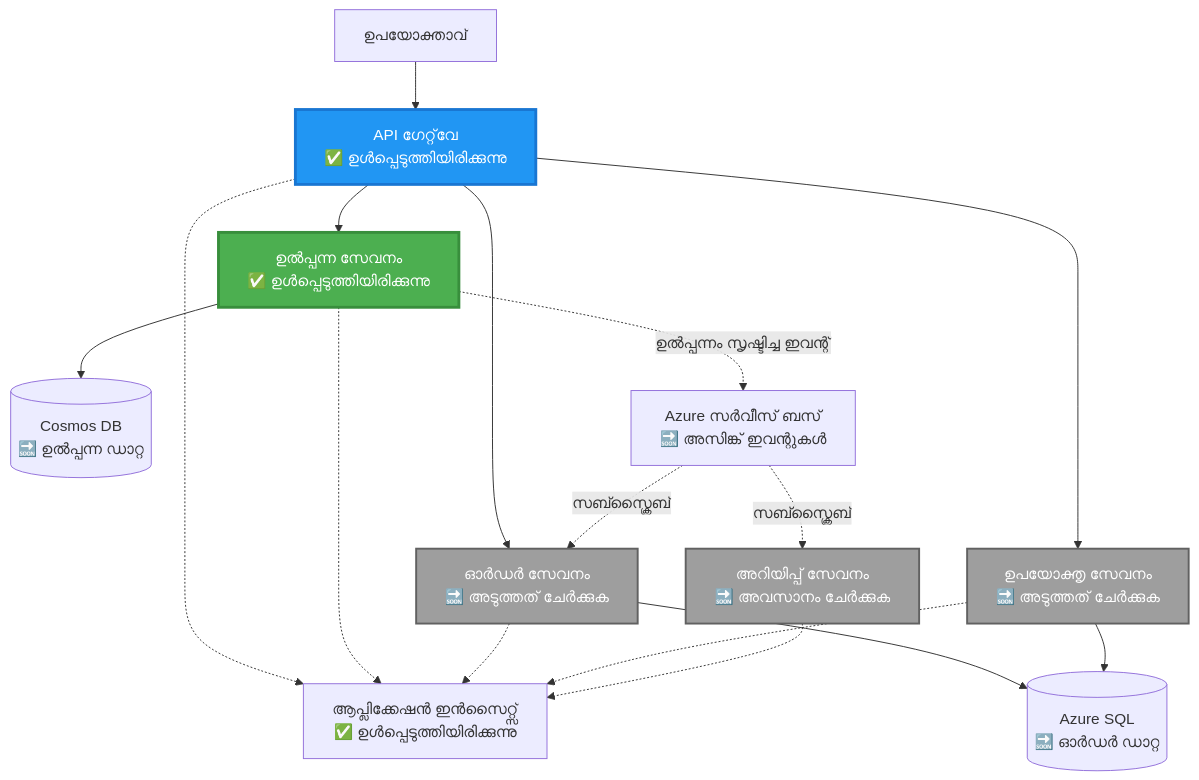
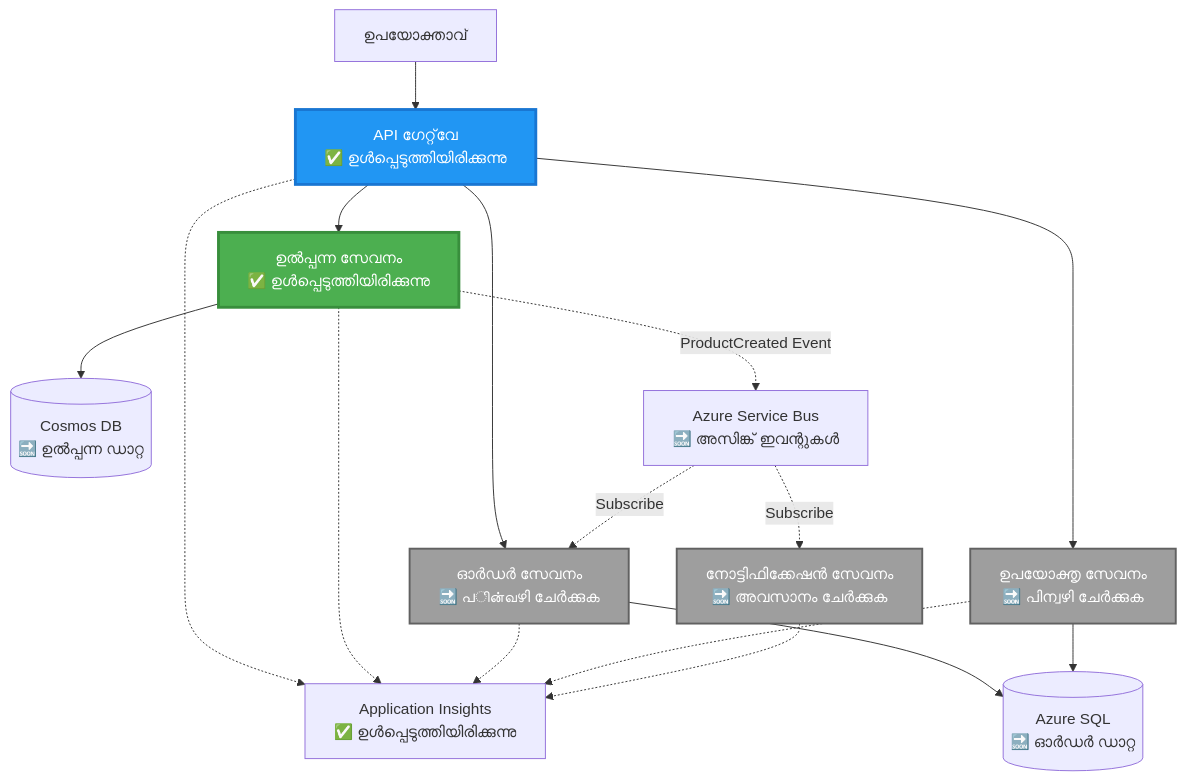
Before and after one commit to microsoft/AZD-for-beginners: the second of 4 diagrams in translations/ml/examples/microservices/README.md, drawn with Mermaid. The commit also changed other lines of this file and 470 other files, not shown here.

````diff
--- a/translations/ml/examples/microservices/README.md
+++ b/translations/ml/examples/microservices/README.md
@@ -78,39 +69,39 @@
 ```mermaid
 graph TB
     User[ഉപയോക്താവ്]
-    Gateway[API ഗേറ്റ്‌വേ<br/>✅ ഉൾപ്പെടുത്തിയിരിക്കുന്നു]
+    Gateway[API ഗേറ്റ്‌വേ <br/>✅ ഉൾപ്പെടുത്തിയിരിക്കുന്നു]
     Product[ഉൽപ്പന്ന സേവനം<br/>✅ ഉൾപ്പെടുത്തിയിരിക്കുന്നു]
-    Order[ഓർഡർ സേവനം<br/>🔜 അടുത്തത് ചേർക്കുക]
-    UserSvc[ഉപയോക്തൃ സേവനം<br/>🔜 അടുത്തത് ചേർക്കുക]
-    Notify[അറിയിപ്പ് സേവനം<br/>🔜 അവസാനം ചേർക്കുക]
+    Order[ഓർഡർ സേവനം<br/>🔜 പின்வഴി ചേർക്കുക]
+    UserSvc[ഉപയോക്തൃ സേവനം<br/>🔜 പിന്വഴി ചേർക്കുക]
+    Notify[നോട്ടിഫിക്കേഷൻ സേവനം<br/>🔜 അവസാനം ചേർക്കുക]
     
     CosmosDB[(Cosmos DB<br/>🔜 ഉൽപ്പന്ന ഡാറ്റ)]
     AzureSQL[(Azure SQL<br/>🔜 ഓർഡർ ഡാറ്റ)]
-    ServiceBus[Azure സർവീസ് ബസ്<br/>🔜 അസിങ്ക് ഇവന്റുകൾ]
-    AppInsights[ആപ്ലിക്കേഷൻ ഇൻസൈറ്റ്സ്<br/>✅ ഉൾപ്പെടുത്തിയിരിക്കുന്നു]
+    ServiceBus[Azure Service Bus<br/>🔜 അസിങ്ക് ഇവന്റുകൾ]
+    AppInsights[Application Insights<br/>✅ ഉൾപ്പെടുത്തിയിരിക്കുന്നു]
     
     User --> Gateway
     Gateway --> Product
     Gateway --> Order
     Gateway --> UserSvc
     
     Product --> CosmosDB
     Order --> AzureSQL
     UserSvc --> AzureSQL
     
-    Product -.->|ഉൽപ്പന്നം സൃഷ്ടിച്ച ഇവന്റ്| ServiceBus
-    ServiceBus -.->|സബ്സ്ക്രൈബ്| Notify
-    ServiceBus -.->|സബ്സ്ക്രൈബ്| Order
+    Product -.->|ProductCreated Event| ServiceBus
+    ServiceBus -.->|Subscribe| Notify
+    ServiceBus -.->|Subscribe| Order
     
     Gateway -.-> AppInsights
     Product -.-> AppInsights
     Order -.-> AppInsights
     UserSvc -.-> AppInsights
     Notify -.-> AppInsights
     
     style Product fill:#4CAF50,stroke:#388E3C,stroke-width:3px,color:#fff
     style Gateway fill:#2196F3,stroke:#1976D2,stroke-width:3px,color:#fff
     style Order fill:#9E9E9E,stroke:#616161,stroke-width:2px,color:#fff
     style UserSvc fill:#9E9E9E,stroke:#616161,stroke-width:2px,color:#fff
     style Notify fill:#9E9E9E,stroke:#616161,stroke-width:2px,color:#fff
 ```
````
